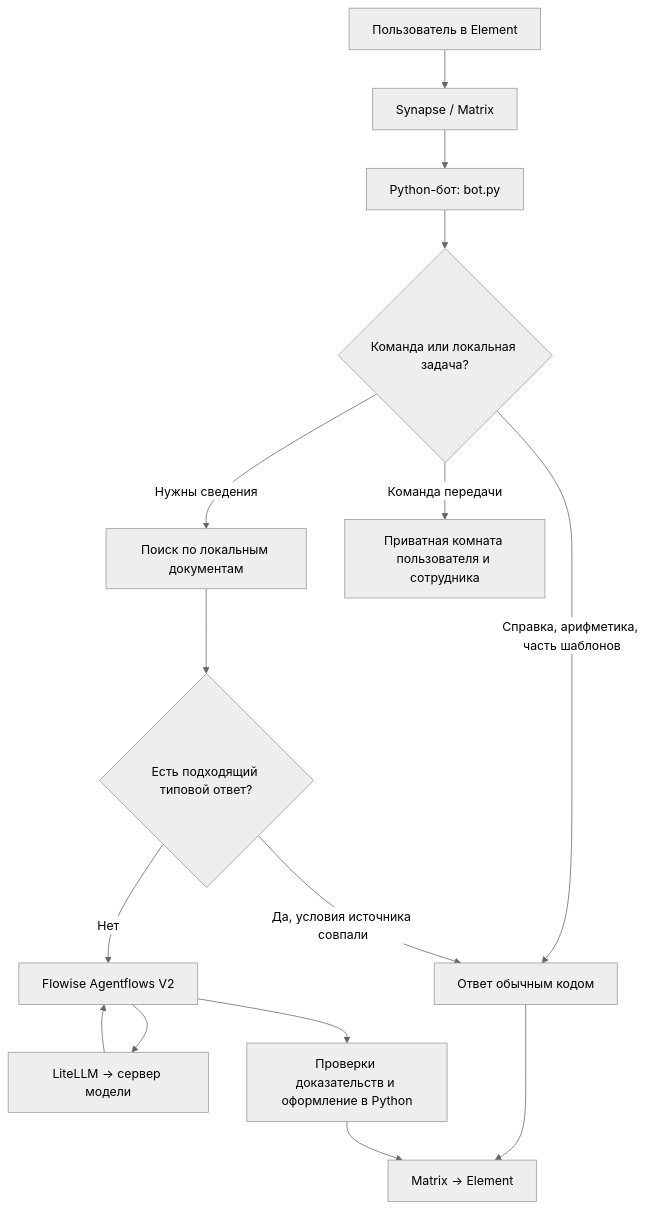
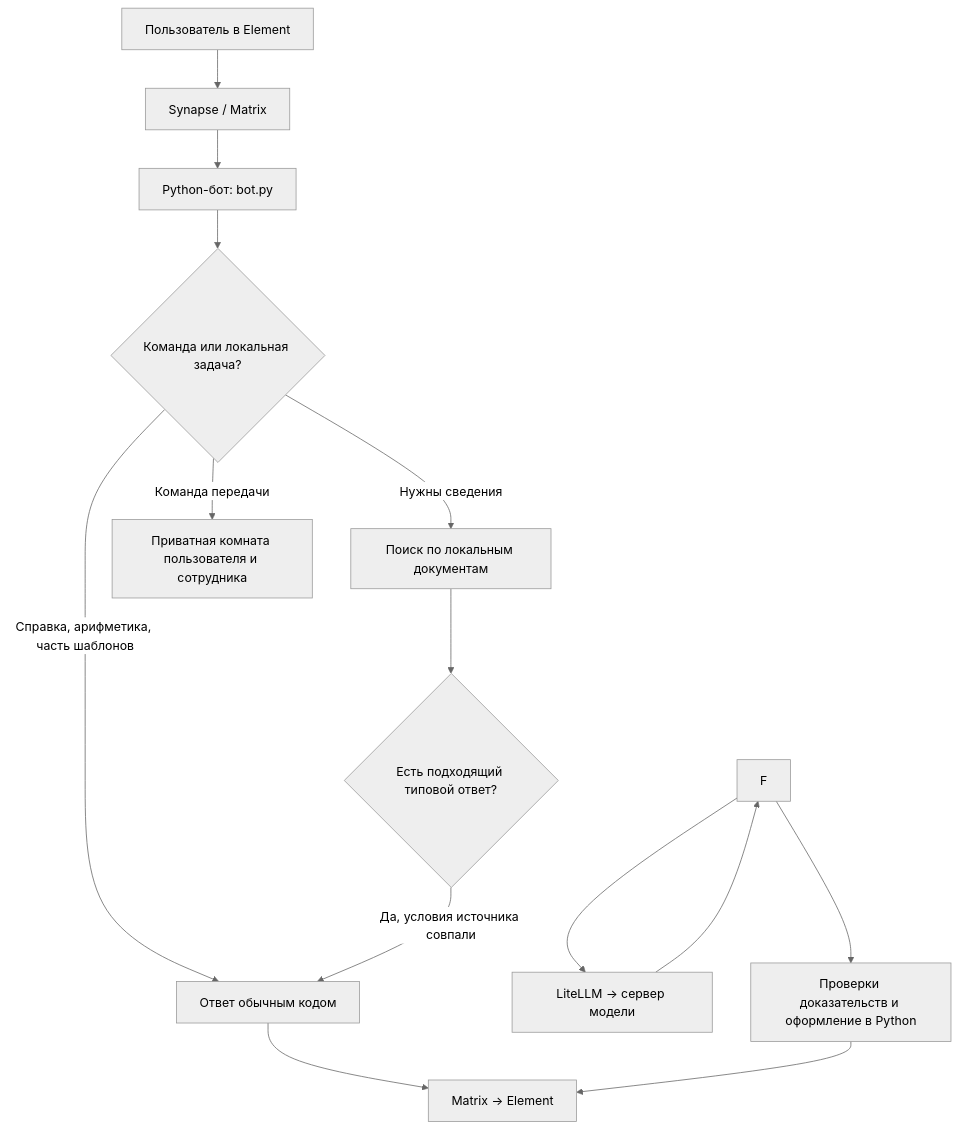
One commit to oelsq/sts-matrix-support changed the diagram in docs/PROJECT-EXAM-RU.md. Above: the diagram before and after it, drawn with Mermaid (neutral theme). The commit also changed other lines of this file and 94 other files, not shown here.

Commit message:
Remove Flowise and preserve direct specialist Qwen replies

````diff
--- a/docs/PROJECT-EXAM-RU.md
+++ b/docs/PROJECT-EXAM-RU.md
@@ -31,17 +29,16 @@
 ```mermaid
 flowchart TD
     U[Пользователь в Element] --> S[Synapse / Matrix]
     S --> B[Python-бот: bot.py]
     B --> C{Команда или локальная задача?}
     C -->|Справка, арифметика, часть шаблонов| L[Ответ обычным кодом]
     C -->|Нужны сведения| R[Поиск по локальным документам]
     R --> K{Есть подходящий типовой ответ?}
     K -->|Да, условия источника совпали| L
-    K -->|Нет| F[Flowise Agentflows V2]
     F --> G[LiteLLM → сервер модели]
     G --> F
     F --> V[Проверки доказательств и оформление в Python]
     L --> O[Matrix → Element]
     V --> O
     C -->|Команда передачи| H[Приватная комната пользователя и сотрудника]
 ```
````
